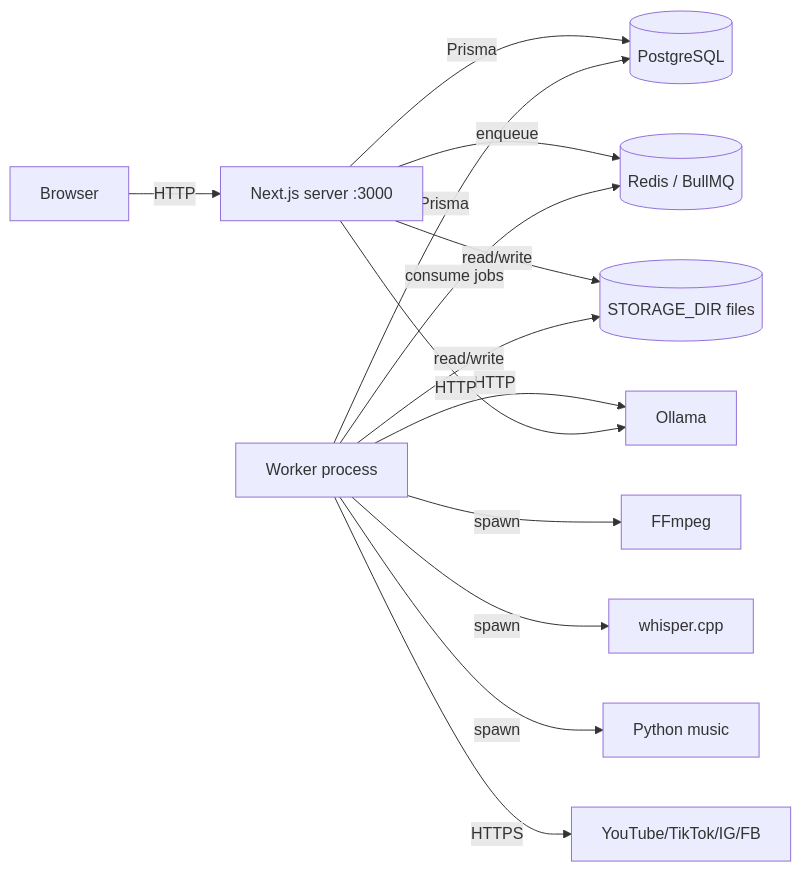
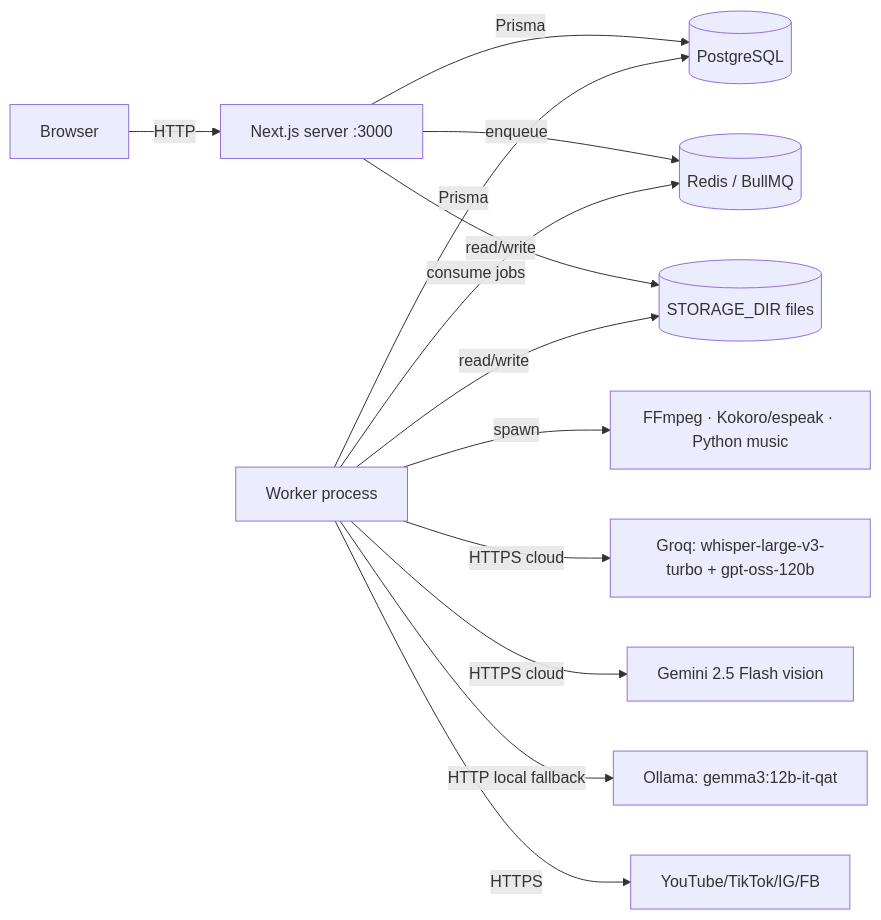
One commit to im-idreesmalik/viral_clip changed the first of 6 diagrams in docs/WORKFLOWS.md. Above: the diagram before and after it, drawn with Mermaid. The commit also changed other lines of this file, not shown here.

````diff
--- a/docs/WORKFLOWS.md
+++ b/docs/WORKFLOWS.md
@@ -16,14 +33,15 @@
 ```mermaid
 flowchart LR
   Browser -->|HTTP| Next[Next.js server :3000]
   Next -->|Prisma| PG[(PostgreSQL)]
   Next -->|enqueue| Redis[(Redis / BullMQ)]
   Next -->|read/write| FS[(STORAGE_DIR files)]
   Worker[Worker process] -->|consume jobs| Redis
   Worker -->|Prisma| PG
   Worker -->|read/write| FS
-  Worker -->|spawn| FFmpeg & Whisper[whisper.cpp] & Py[Python music] 
-  Worker -->|HTTP| Ollama
+  Worker -->|spawn| Local[FFmpeg · Kokoro/espeak · Python music]
+  Worker -->|HTTPS cloud| Groq[Groq: whisper-large-v3-turbo + gpt-oss-120b]
+  Worker -->|HTTPS cloud| Gemini[Gemini 2.5 Flash vision]
+  Worker -->|HTTP local fallback| Ollama[Ollama: gemma3:12b-it-qat]
   Worker -->|HTTPS| Platforms[YouTube/TikTok/IG/FB]
-  Next -->|HTTP| Ollama
 ```
````
